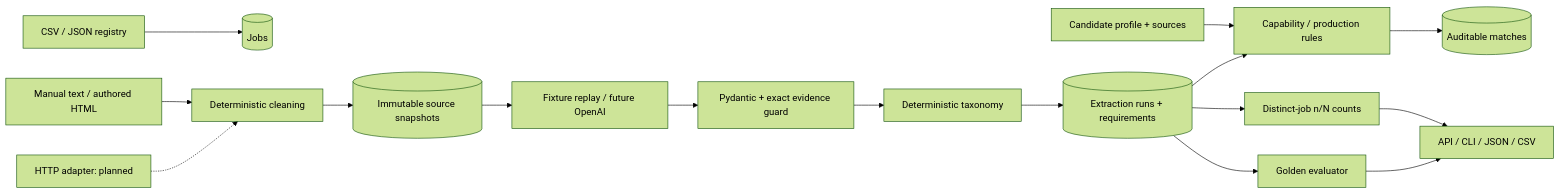
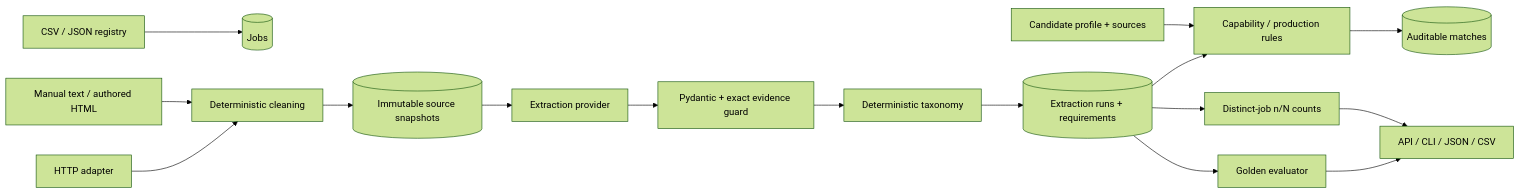
Before and after one commit to newdarwindev/JobIntelAI: the diagram in docs/architecture.md, drawn with Mermaid (forest theme). The commit also changed other lines of this file and 9 other files, not shown here.

````diff
--- a/docs/architecture.md
+++ b/docs/architecture.md
@@ -3,18 +3,18 @@
 ```mermaid
 flowchart LR
     Registry[CSV / JSON registry] --> Jobs[(Jobs)]
     Manual[Manual text / authored HTML] --> Clean[Deterministic cleaning]
-    HTTP[HTTP adapter: planned] -.-> Clean
+    HTTP[HTTP adapter] --> Clean
     Clean --> Snapshots[(Immutable source snapshots)]
-    Snapshots --> Provider[Fixture replay / future OpenAI]
+    Snapshots --> Provider[Extraction provider]
     Provider --> Guard[Pydantic + exact evidence guard]
     Guard --> Aliases[Deterministic taxonomy]
     Aliases --> Runs[(Extraction runs + requirements)]
     Candidate[Candidate profile + sources] --> Match[Capability / production rules]
     Runs --> Match
     Match --> Matches[(Auditable matches)]
     Runs --> Counts[Distinct-job n/N counts]
     Runs --> Eval[Golden evaluator]
     Counts --> API[API / CLI / JSON / CSV]
     Eval --> API
 ```
````
